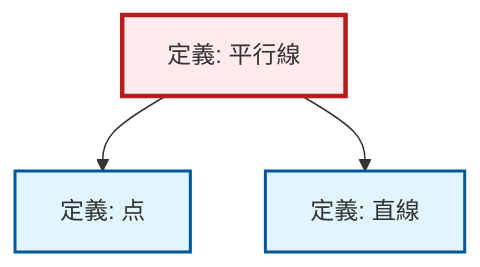
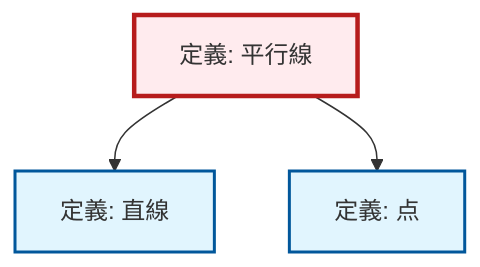
The diagram in output/mermaid/ja/def-parallel.mermaid (RK0429/ModernMath), drawn with Mermaid before and after one commit. The commit also changed other lines of this file and 3101 other files, not shown here.

```diff
--- a/output/mermaid/ja/def-parallel.mermaid
+++ b/output/mermaid/ja/def-parallel.mermaid
@@ -1,13 +1,13 @@
 %%| fig-cap: "Local dependency graph"
 graph TD
     classDef definition fill:#e1f5fe,stroke:#01579b,stroke-width:2px
     classDef theorem fill:#f3e5f5,stroke:#4a148c,stroke-width:2px
     classDef axiom fill:#fff3e0,stroke:#e65100,stroke-width:2px
     classDef example fill:#e8f5e9,stroke:#1b5e20,stroke-width:2px
     classDef current fill:#ffebee,stroke:#b71c1c,stroke-width:3px
     def-line["定義: 直線"]:::definition
+    def-parallel["定義: 平行線"]:::definition
     def-point["定義: 点"]:::definition
-    def-parallel["定義: 平行線"]:::definition
+    def-parallel --> def-line
     def-parallel --> def-point
-    def-parallel --> def-line
     class def-parallel current
```
